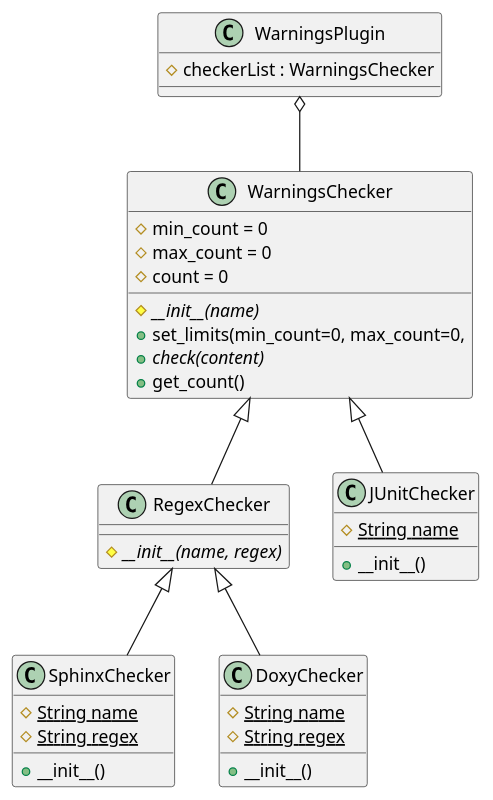
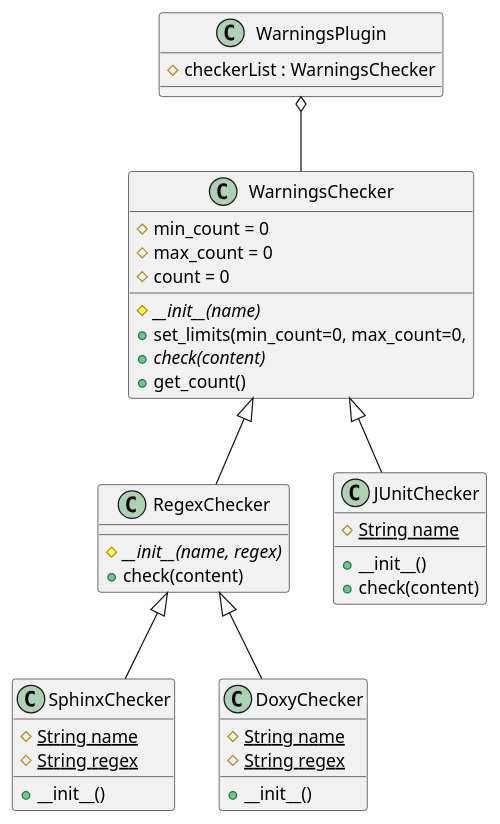
The diagram in docs/design.rst (melexis/warnings-plugin), drawn with PlantUML before and after one commit.

Commit message:
Repeat check() in uml diagram
This makes clear any class deriving from RegexChecker and JUnitChecker
does not **need** to implement the check() method.

```diff
--- a/docs/design.rst
+++ b/docs/design.rst
@@ -13,46 +13,48 @@
 .. uml::
 
     @startuml
     class WarningsPlugin {
         #checkerList : WarningsChecker
     }
 
     class WarningsChecker {
         #min_count = 0
         #max_count = 0
         #count = 0
 
         #{abstract} __init__(name)
         +set_limits(min_count=0, max_count=0,
         +{abstract}check(content)
         +get_count()
     }
 
     class RegexChecker {
         #{abstract} __init__(name, regex)
+        +check(content)
     }
 
     class SphinxChecker {
         #{static} String name
         #{static} String regex
         +__init__()
     }
 
     class DoxyChecker {
         #{static} String name
         #{static} String regex
         +__init__()
     }
 
     class JUnitChecker {
         #{static} String name
         +__init__()
+        +check(content)
     }
 
     WarningsPlugin o-- WarningsChecker
     WarningsChecker <|-- RegexChecker
     RegexChecker <|-- SphinxChecker
     RegexChecker <|-- DoxyChecker
     WarningsChecker <|-- JUnitChecker
 
     @enduml
```
